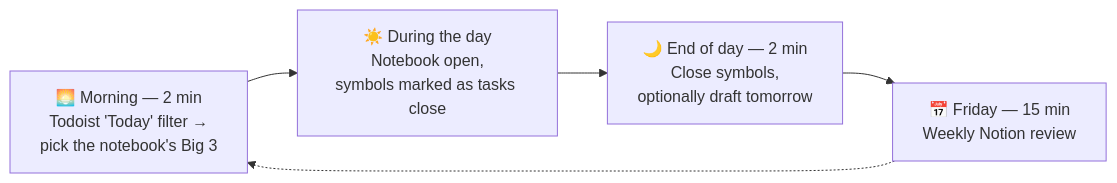
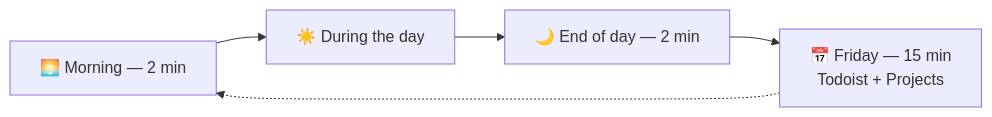
The seventh of 8 diagrams in workflow/personal_productivity_system.md (dcop7/tips_and_guides), drawn with Mermaid before and after one commit. The commit also changed other lines of this file, not shown here.

````diff
--- a/workflow/personal_productivity_system.md
+++ b/workflow/personal_productivity_system.md
@@ -456,5 +463,5 @@
 ```mermaid
 flowchart LR
-    M["🌅 Morning — 2 min<br/>Todoist 'Today' filter →<br/>pick the notebook's Big 3"] --> D["☀️ During the day<br/>Notebook open,<br/>symbols marked as tasks close"] --> E["🌙 End of day — 2 min<br/>Close symbols,<br/>optionally draft tomorrow"] --> F["📅 Friday — 15 min<br/>Weekly Notion review"]
+    M["🌅 Morning — 2 min"] --> D["☀️ During the day"] --> E["🌙 End of day — 2 min"] --> F["📅 Friday — 15 min<br/>Todoist + Projects"]
     F -.-> M
 ```
````
